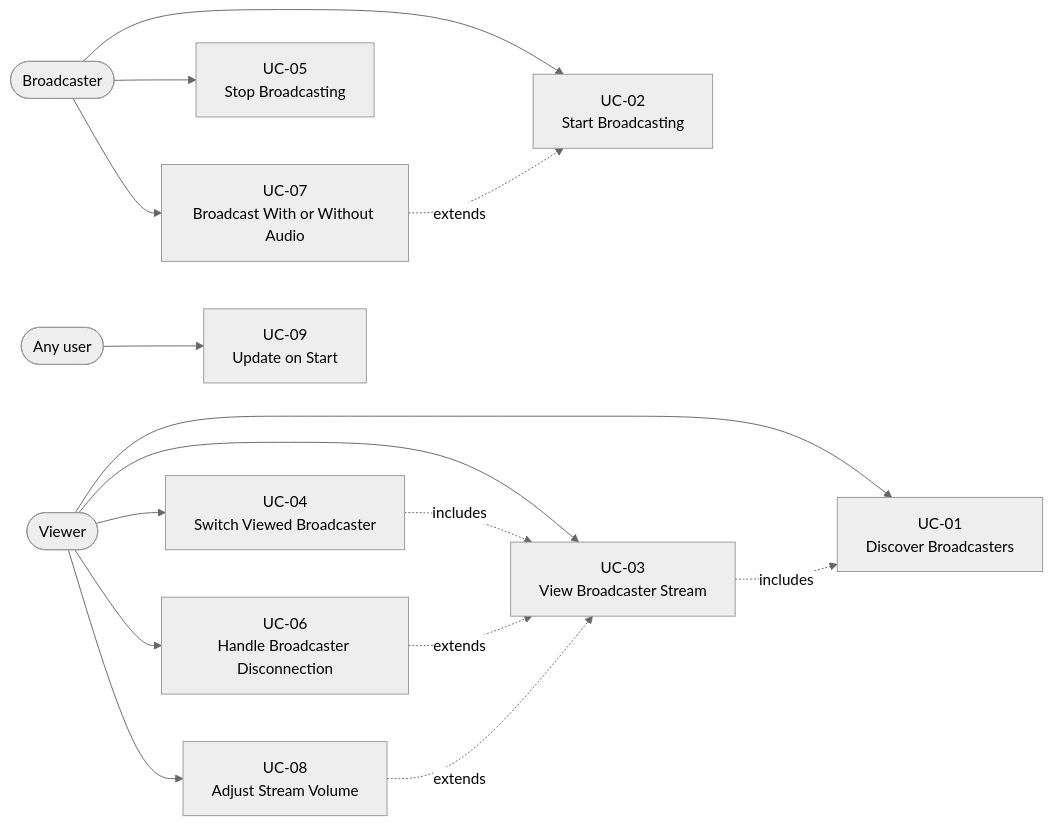
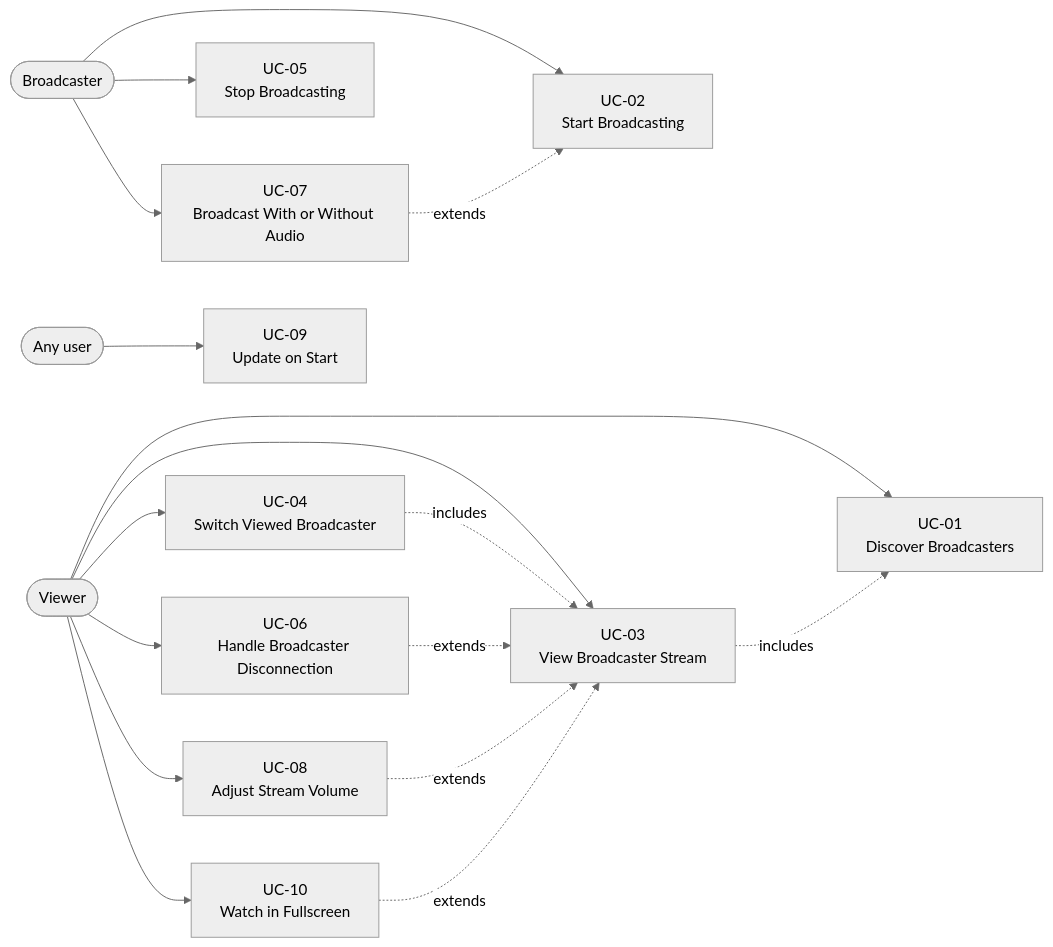
Before and after one commit to gventino/peeroxide: the first of 6 diagrams in docs/use-cases.md, drawn with Mermaid (neutral theme). The commit also changed other lines of this file and 4 other files, not shown here.

Commit message:
Docs: fullscreen viewing (FR-18, UC-10, README, roadmap, quickstart)

````diff
--- a/docs/use-cases.md
+++ b/docs/use-cases.md
@@ -14,32 +14,35 @@
 ```mermaid
 flowchart LR
     Broadcaster(["Broadcaster"])
     Viewer(["Viewer"])
 
     UC1["UC-01<br/>Discover Broadcasters"]
     UC2["UC-02<br/>Start Broadcasting"]
     UC3["UC-03<br/>View Broadcaster Stream"]
     UC4["UC-04<br/>Switch Viewed Broadcaster"]
     UC5["UC-05<br/>Stop Broadcasting"]
     UC6["UC-06<br/>Handle Broadcaster Disconnection"]
     UC7["UC-07<br/>Broadcast With or Without Audio"]
     UC8["UC-08<br/>Adjust Stream Volume"]
     UC9["UC-09<br/>Update on Start"]
+    UC10["UC-10<br/>Watch in Fullscreen"]
     User(["Any user"])
 
     Broadcaster --> UC2
     Broadcaster --> UC5
     Broadcaster --> UC7
     Viewer --> UC1
     Viewer --> UC3
     Viewer --> UC4
     Viewer --> UC6
     Viewer --> UC8
+    Viewer --> UC10
     User --> UC9
 
     UC3 -.includes.-> UC1
     UC4 -.includes.-> UC3
     UC6 -.extends.-> UC3
     UC7 -.extends.-> UC2
     UC8 -.extends.-> UC3
+    UC10 -.extends.-> UC3
 ```
````
